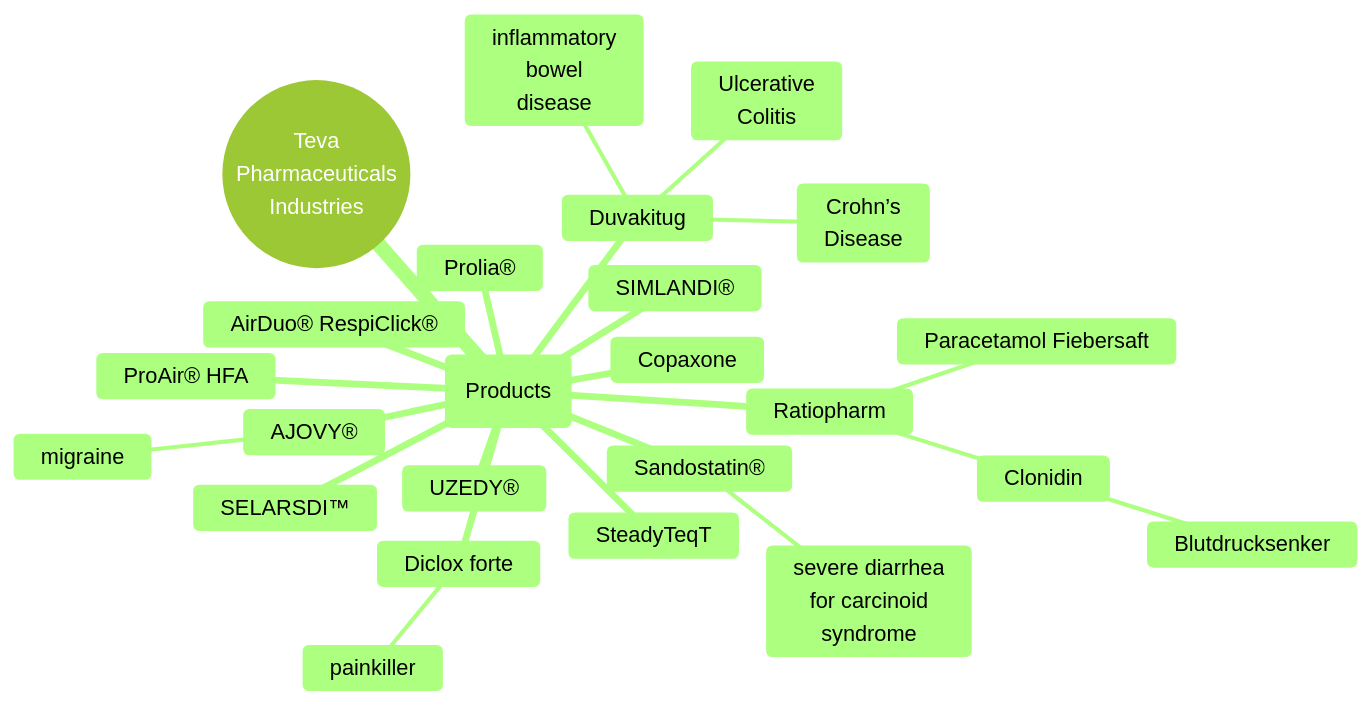
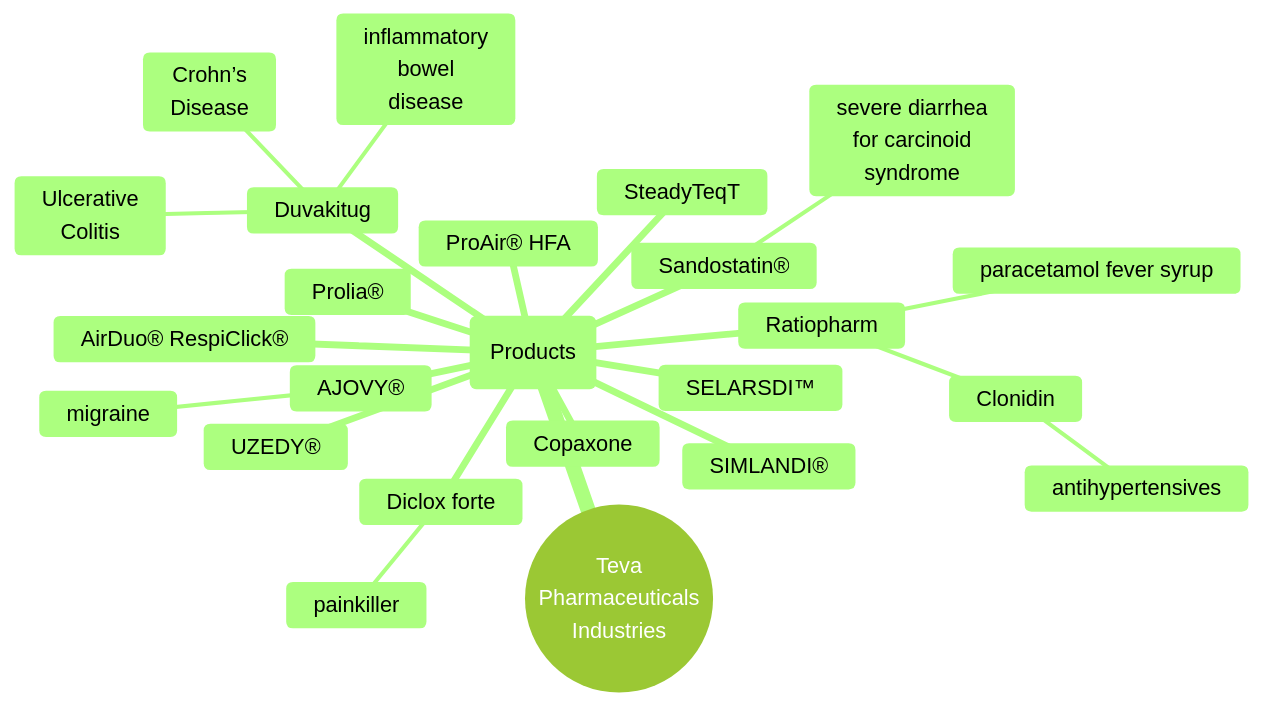
One commit to aeog2024/iiag changed the third of 4 diagrams in content/corporations/teva-pharmaceuticals/index.md. Above: the diagram before and after it, drawn with Mermaid (forest theme). The commit also changed other lines of this file, not shown here.

Commit message:
update mermaid

````diff
--- a/content/corporations/teva-pharmaceuticals/index.md
+++ b/content/corporations/teva-pharmaceuticals/index.md
@@ -58,28 +66,28 @@
 ```mermaid
 mindmap
   root((Teva <br> Pharmaceuticals <br> Industries))
     (Products)
       Duvakitug
         Ulcerative <br> Colitis
         Crohn’s <br> Disease
         inflammatory <br> bowel <br> disease
       AirDuo® RespiClick®  
       ProAir® HFA
       SteadyTeqT
       UZEDY®
       AJOVY®
         migraine
       Diclox forte
         painkiller
       SELARSDI™
       SIMLANDI®
       Prolia®
       Copaxone
       Sandostatin®
         severe diarrhea <br> for carcinoid <br> syndrome
       Ratiopharm
         Clonidin
-          Blutdrucksenker
-        Paracetamol Fiebersaft 
+          antihypertensives
+        paracetamol fever syrup 
 
 ```
````
